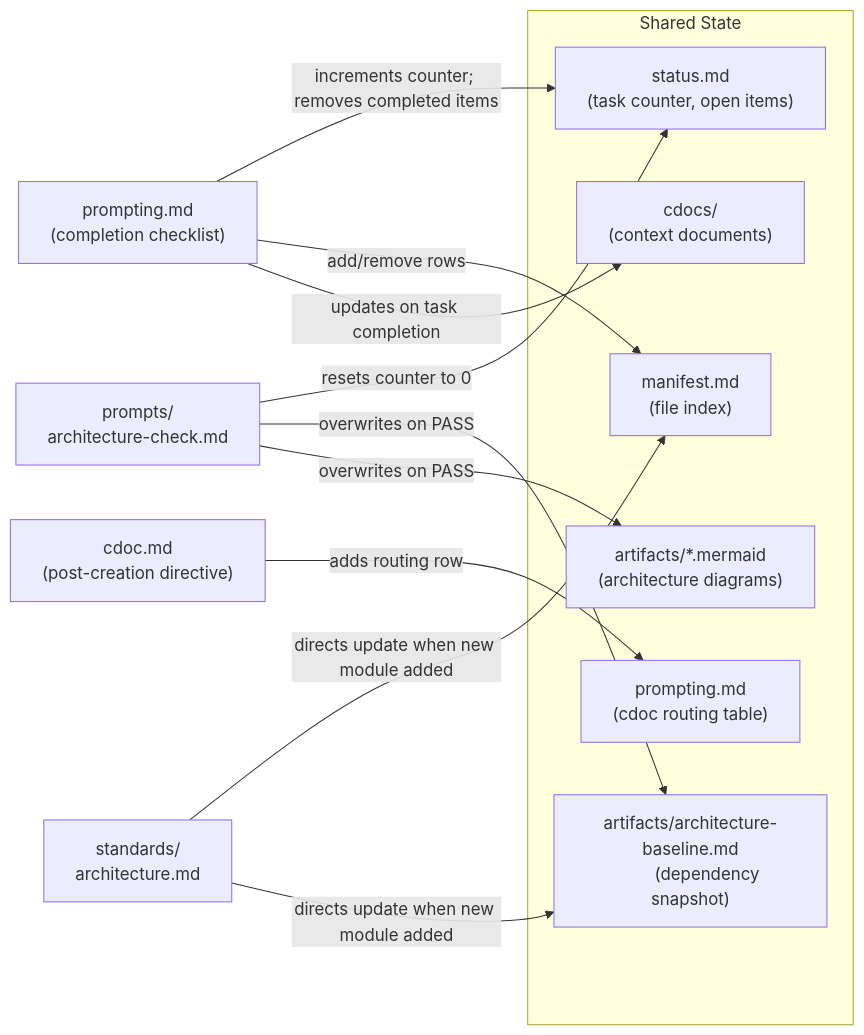
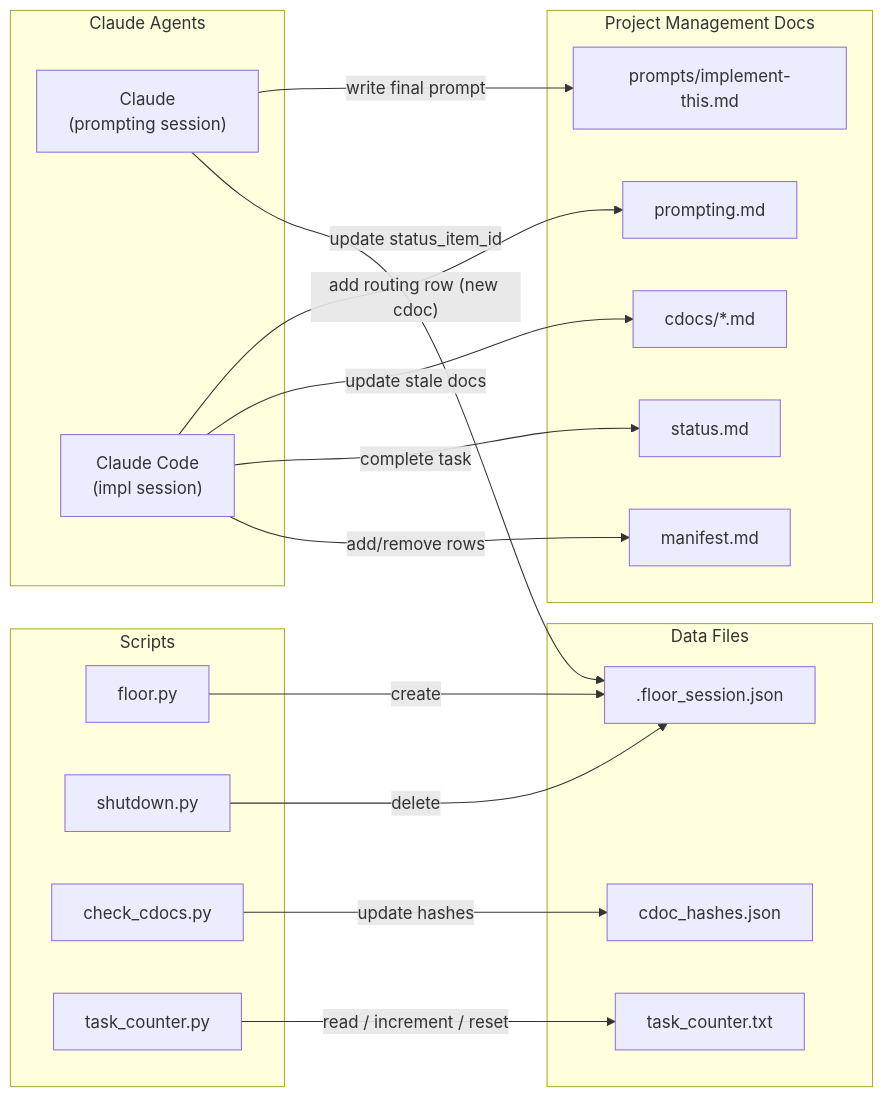
The diagram in project_management/artifacts/03-state-mutation.mermaid (PAYS0N/floor), drawn with Mermaid before and after one commit. The commit also changed 40 other files, not shown here.

```diff
--- a/project_management/artifacts/03-state-mutation.mermaid
+++ b/project_management/artifacts/03-state-mutation.mermaid
@@ -1,41 +1,44 @@
 %% State Mutation Flow — Floor
-%% Shows which agents (prompt files) are authorized to mutate each piece of shared state.
+%% Shows which actors (scripts and Claude) write to each piece of shared state.
 %% Generated by architecture health check. Do not edit manually.
 
 flowchart LR
-    subgraph state["Shared State"]
-        status["status.md
-        (task counter, open items)"]
-        manifest["manifest.md
-        (file index)"]
-        prompting_file["prompting.md
-        (cdoc routing table)"]
-        baseline_file["artifacts/architecture-baseline.md
-        (dependency snapshot)"]
-        artifacts_dir["artifacts/*.mermaid
-        (architecture diagrams)"]
-        cdocs_dir["cdocs/
-        (context documents)"]
+    subgraph actors_scripts["Scripts"]
+        floor["floor.py"]
+        shutdown["shutdown.py"]
+        check_cdocs["check_cdocs.py"]
+        task_counter["task_counter.py"]
     end
 
-    arch_check["prompts/
-    architecture-check.md"]
-    prompting_instr["prompting.md
-    (completion checklist)"]
-    cdoc_instr["cdoc.md
-    (post-creation directive)"]
-    arch_std["standards/
-    architecture.md"]
+    subgraph actors_claude["Claude Agents"]
+        ca["Claude\n(prompting session)"]
+        ci["Claude Code\n(impl session)"]
+    end
 
-    arch_check -->|"resets counter to 0"| status
-    arch_check -->|"overwrites on PASS"| baseline_file
-    arch_check -->|"overwrites on PASS"| artifacts_dir
+    subgraph state_data["Data Files"]
+        session[".floor_session.json"]
+        counter["task_counter.txt"]
+        hashes["cdoc_hashes.json"]
+    end
 
-    prompting_instr -->|"increments counter; removes completed items"| status
-    prompting_instr -->|"add/remove rows"| manifest
-    prompting_instr -->|"updates on task completion"| cdocs_dir
+    subgraph state_docs["Project Management Docs"]
+        implement["prompts/implement-this.md"]
+        manifest["manifest.md"]
+        status["status.md"]
+        cdocs["cdocs/*.md"]
+        prompting["prompting.md"]
+    end
 
-    cdoc_instr -->|"adds routing row"| prompting_file
+    %% Script mutations
+    floor -->|"create"| session
+    ca -->|"update status_item_id"| session
+    shutdown -->|"delete"| session
+    task_counter -->|"read / increment / reset"| counter
+    check_cdocs -->|"update hashes"| hashes
 
-    arch_std -->|"directs update when new module added"| manifest
-    arch_std -->|"directs update when new module added"| baseline_file
+    %% Claude mutations
+    ca -->|"write final prompt"| implement
+    ci -->|"add/remove rows"| manifest
+    ci -->|"complete task"| status
+    ci -->|"update stale docs"| cdocs
+    ci -->|"add routing row (new cdoc)"| prompting
```
